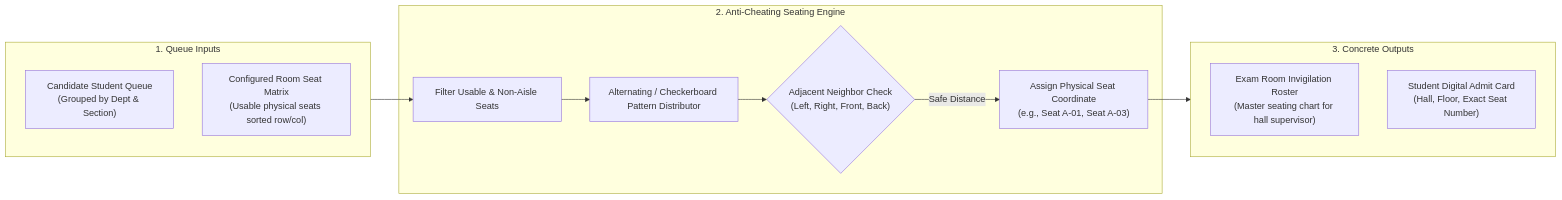
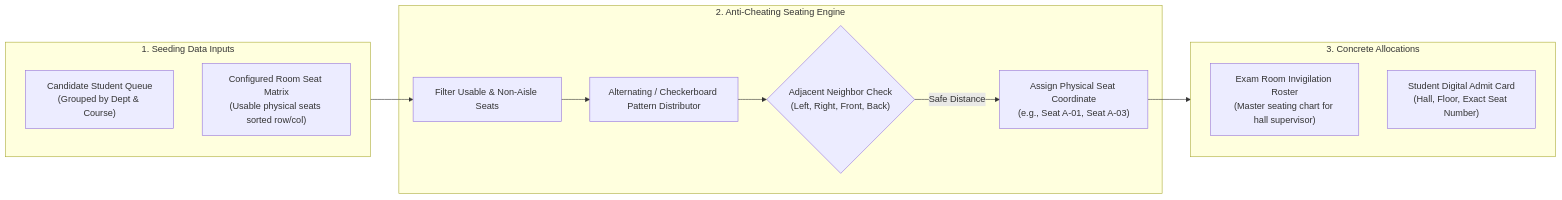
The seventh of 9 diagrams in README.md (nikhilkum92/Java-Project), drawn with Mermaid before and after one commit. The commit also changed other lines of this file, not shown here.

````diff
--- a/README.md
+++ b/README.md
@@ -596,25 +708,25 @@
 ```mermaid
 flowchart LR
-    subgraph Inputs["1. Queue Inputs"]
-        STUDENTS["Candidate Student Queue\n(Grouped by Dept & Section)"]
+    subgraph Inputs["1. Seeding Data Inputs"]
+        STUDENTS["Candidate Student Queue\n(Grouped by Dept & Course)"]
         ROOM_GRID["Configured Room Seat Matrix\n(Usable physical seats sorted row/col)"]
     end
 
     subgraph Engine["2. Anti-Cheating Seating Engine"]
         FILTER["Filter Usable & Non-Aisle Seats"]
         INTERLEAVE["Alternating / Checkerboard Pattern Distributor"]
         CHECK_ADJACENT{"Adjacent Neighbor Check\n(Left, Right, Front, Back)"}
         ALLOCATE["Assign Physical Seat Coordinate\n(e.g., Seat A-01, Seat A-03)"]
     end
 
-    subgraph Outputs["3. Concrete Outputs"]
+    subgraph Outputs["3. Concrete Allocations"]
         EXAM_ROSTER["Exam Room Invigilation Roster\n(Master seating chart for hall supervisor)"]
         STUDENT_TICKET["Student Digital Admit Card\n(Hall, Floor, Exact Seat Number)"]
     end
 
     Inputs --> FILTER
     FILTER --> INTERLEAVE
     INTERLEAVE --> CHECK_ADJACENT
     CHECK_ADJACENT -- Safe Distance --> ALLOCATE
     ALLOCATE --> Outputs
 ```
````
